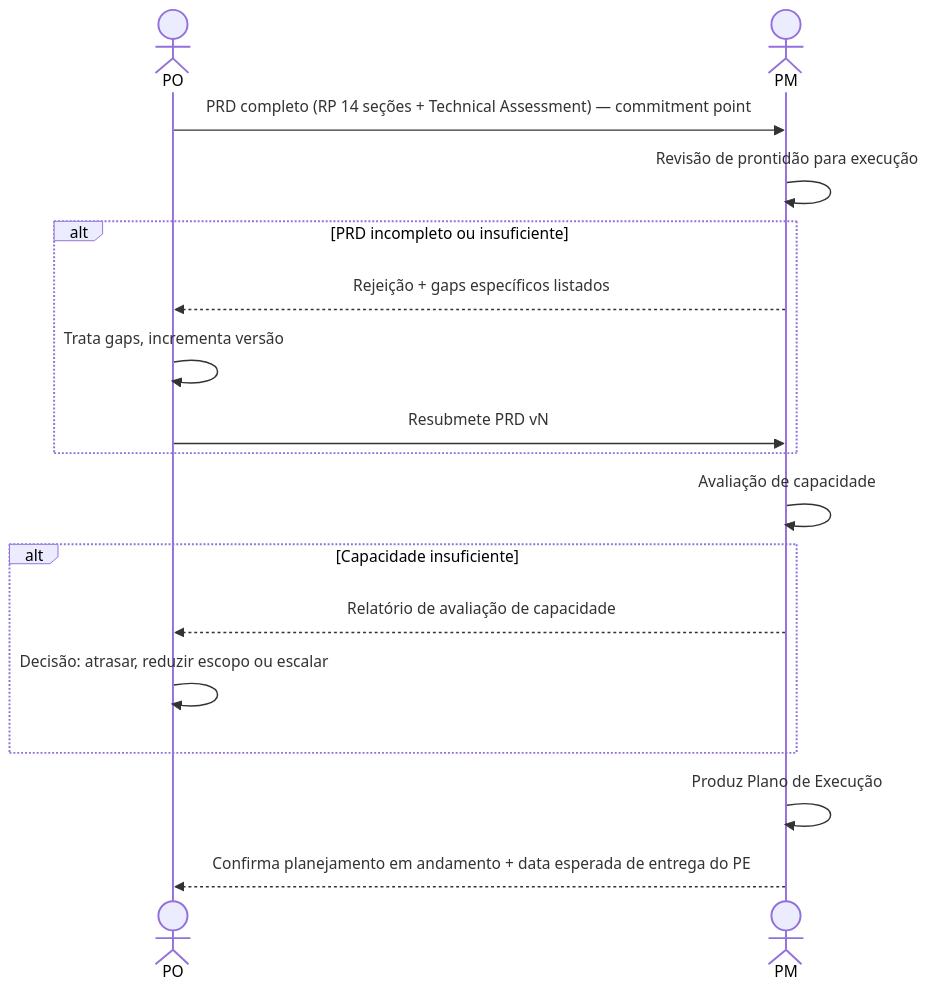
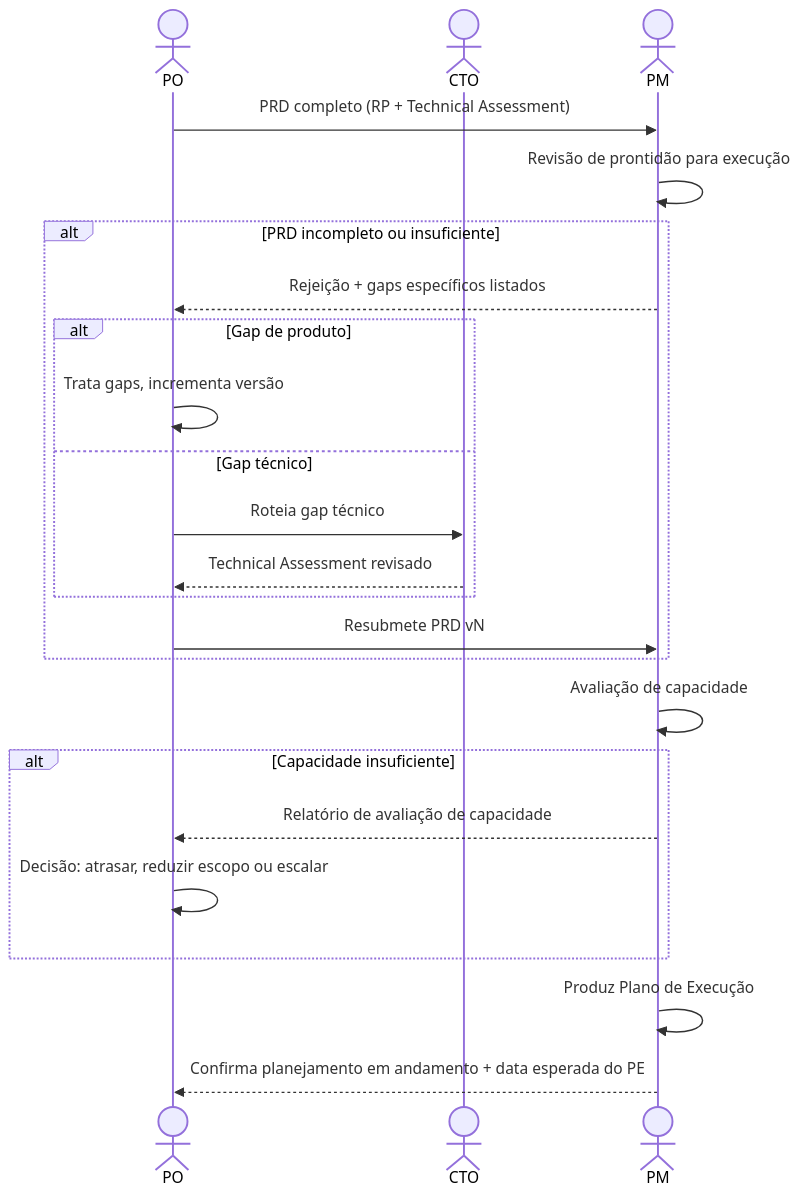
Before and after one commit to hugo-hsbtech/teamwork-process: the diagram in interactions/07-po-to-pm.md, drawn with Mermaid. The commit also changed other lines of this file and 46 other files, not shown here.

````diff
--- a/interactions/07-po-to-pm.md
+++ b/interactions/07-po-to-pm.md
@@ -62,23 +64,29 @@
 ```mermaid
 sequenceDiagram
     actor PO as PO
+    actor CTO as CTO
     actor PM as PM
 
-    PO->>PM: PRD completo (RP 14 seções + Technical Assessment) — commitment point
+    PO->>PM: PRD completo (RP + Technical Assessment)
     PM->>PM: Revisão de prontidão para execução
 
     alt PRD incompleto ou insuficiente
         PM-->>PO: Rejeição + gaps específicos listados
-        PO->>PO: Trata gaps, incrementa versão
+        alt Gap de produto
+            PO->>PO: Trata gaps, incrementa versão
+        else Gap técnico
+            PO->>CTO: Roteia gap técnico
+            CTO-->>PO: Technical Assessment revisado
+        end
         PO->>PM: Resubmete PRD vN
     end
 
     PM->>PM: Avaliação de capacidade
     alt Capacidade insuficiente
         PM-->>PO: Relatório de avaliação de capacidade
         PO->>PO: Decisão: atrasar, reduzir escopo ou escalar
     end
 
     PM->>PM: Produz Plano de Execução
-    PM-->>PO: Confirma planejamento em andamento + data esperada de entrega do PE
+    PM-->>PO: Confirma planejamento em andamento + data esperada do PE
 ```
````
